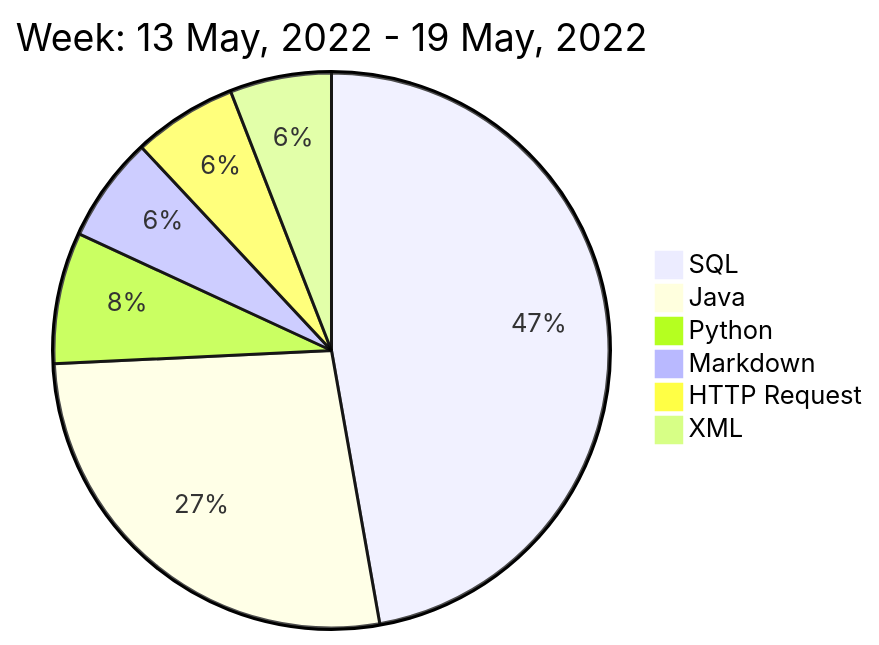
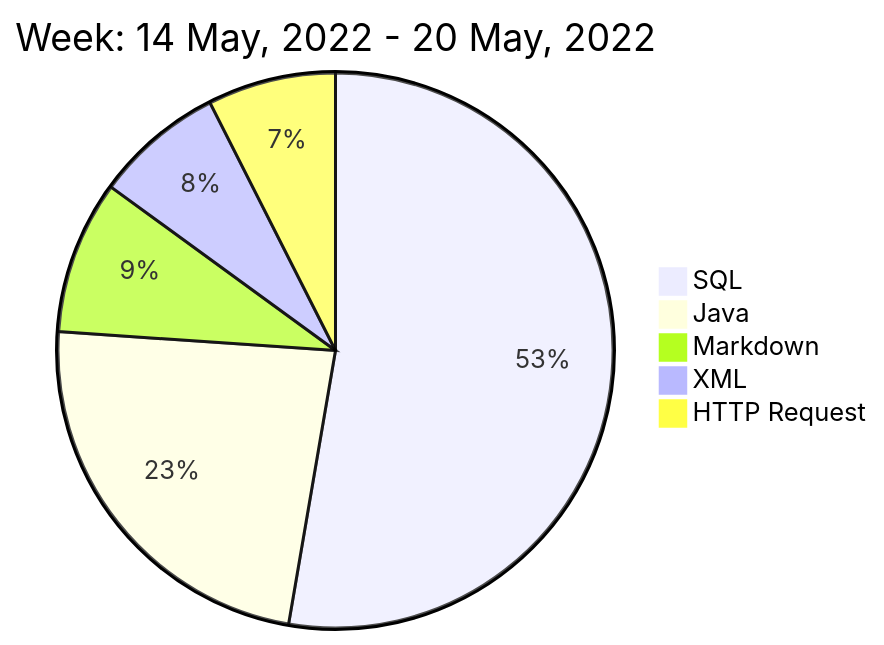
Before and after one commit to liubin95/liubin95: the diagram in README.md, drawn with Mermaid.

Commit message:
Updated the Graph with new Metrics

````diff
--- a/README.md
+++ b/README.md
@@ -40,10 +40,9 @@
 ```mermaid
  pie
-title Week: 13 May, 2022 - 19 May, 2022
- "SQL" : 9.75
- "Java" : 5.58
- "Python" : 1.58
- "Markdown" : 1.27
- "HTTP Request" : 1.25
- "XML" : 1.22
+title Week: 14 May, 2022 - 20 May, 2022
+ "SQL" : 8.97
+ "Java" : 3.98
+ "Markdown" : 1.52
+ "XML" : 1.28
+ "HTTP Request" : 1.27
 ```
````
